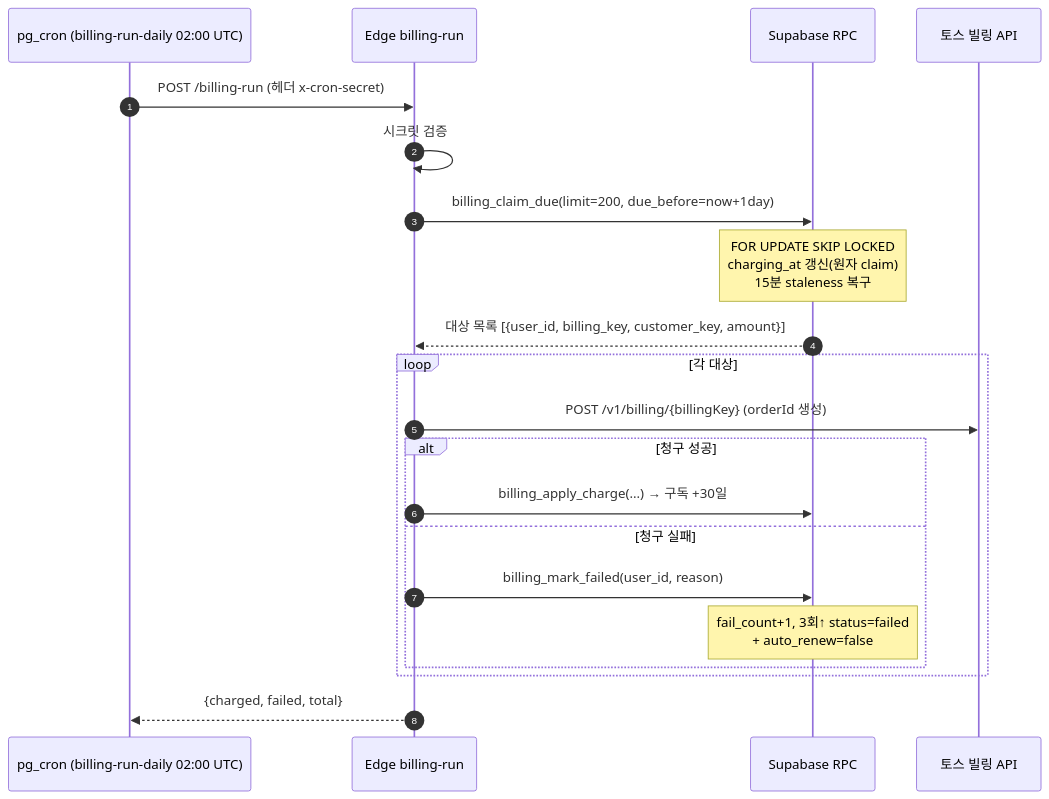
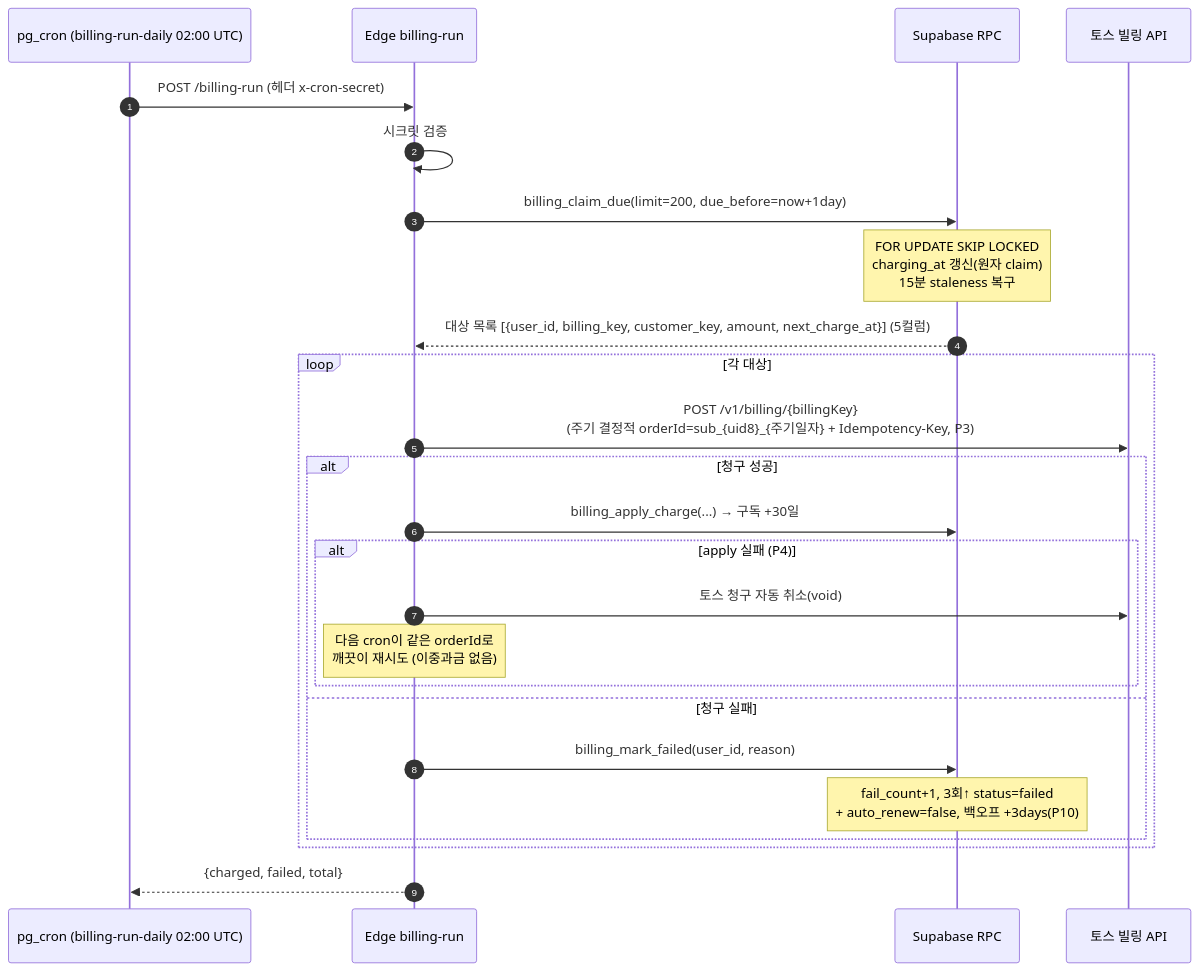
One commit to crebiz-commits/ai-v-market changed the third of 5 diagrams in docs/prd/07-mypage-payment-billing.md. Above: the diagram before and after it, drawn with Mermaid. The commit also changed other lines of this file and 10 other files, not shown here.

````diff
--- a/docs/prd/07-mypage-payment-billing.md
+++ b/docs/prd/07-mypage-payment-billing.md
@@ -482,23 +503,27 @@
 ```mermaid
 sequenceDiagram
     autonumber
     participant Cron as pg_cron (billing-run-daily 02:00 UTC)
     participant E as Edge billing-run
     participant DB as Supabase RPC
     participant T as 토스 빌링 API
     Cron->>E: POST /billing-run (헤더 x-cron-secret)
     E->>E: 시크릿 검증
     E->>DB: billing_claim_due(limit=200, due_before=now+1day)
     Note over DB: FOR UPDATE SKIP LOCKED<br/>charging_at 갱신(원자 claim)<br/>15분 staleness 복구
-    DB-->>E: 대상 목록 [{user_id, billing_key, customer_key, amount}]
+    DB-->>E: 대상 목록 [{user_id, billing_key, customer_key, amount, next_charge_at}] (5컬럼)
     loop 각 대상
-        E->>T: POST /v1/billing/{billingKey} (orderId 생성)
+        E->>T: POST /v1/billing/{billingKey}<br/>(주기 결정적 orderId=sub_{uid8}_{주기일자} + Idempotency-Key, P3)
         alt 청구 성공
             E->>DB: billing_apply_charge(...) → 구독 +30일
+            alt apply 실패 (P4)
+                E->>T: 토스 청구 자동 취소(void)
+                Note over E: 다음 cron이 같은 orderId로<br/>깨끗이 재시도 (이중과금 없음)
+            end
         else 청구 실패
             E->>DB: billing_mark_failed(user_id, reason)
-            Note over DB: fail_count+1, 3회↑ status=failed<br/>+ auto_renew=false
+            Note over DB: fail_count+1, 3회↑ status=failed<br/>+ auto_renew=false, 백오프 +3days(P10)
         end
     end
     E-->>Cron: {charged, failed, total}
 ```
````
